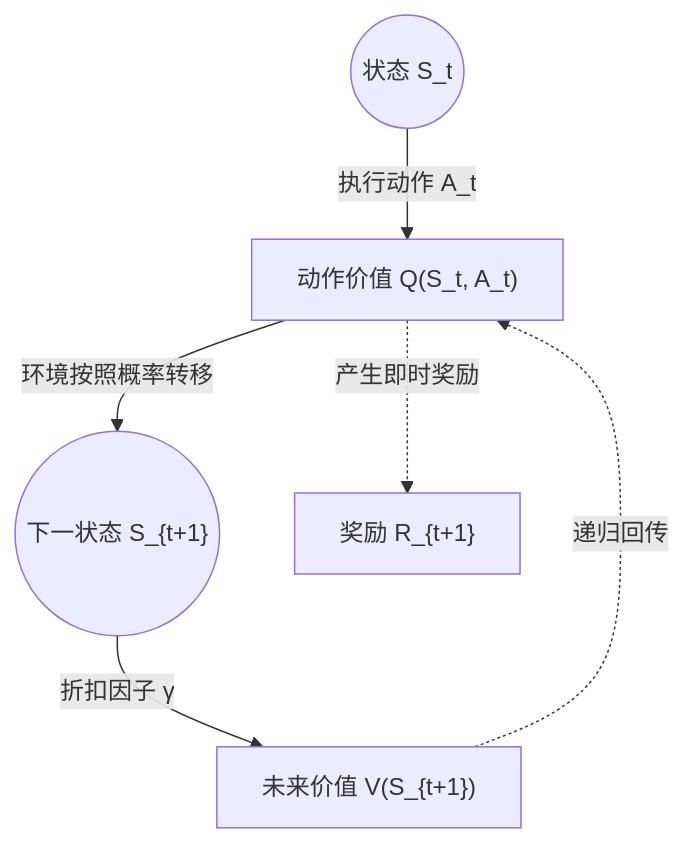
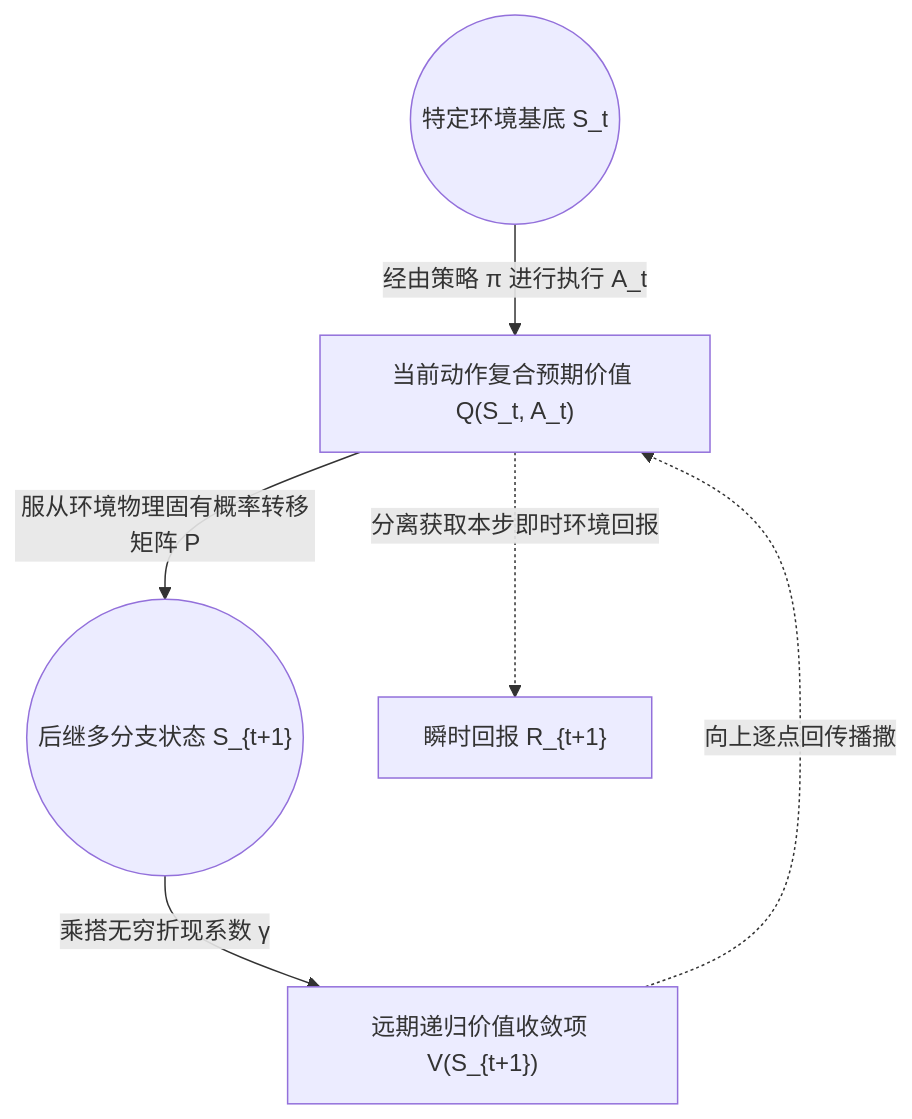
Before and after one commit to justahorsem/justahorsem.github.io: the third of 3 diagrams in _posts/2026-04-06-RL-basic-summary.md, drawn with Mermaid. The commit also changed other lines of this file and 1 other file, not shown here.

````diff
--- a/_posts/2026-04-06-RL-basic-summary.md
+++ b/_posts/2026-04-06-RL-basic-summary.md
@@ -137,8 +100,8 @@
 ```mermaid
 graph TD
-    S(("状态 S_t")) -->|"执行动作 A_t"| Q["动作价值 Q(S_t, A_t)"]
-    Q -->|"环境按照概率转移"| S_NEXT(("下一状态 S_{t+1}"))
-    Q -.->|"产生即时奖励"| R["奖励 R_{t+1}"]
-    S_NEXT -->|"折扣因子 γ"| V_NEXT["未来价值 V(S_{t+1})"]
-    V_NEXT -.->|"递归回传"| Q
+    S(("特定环境基底 S_t")) -->|"经由策略 π 进行执行 A_t"| Q["当前动作复合预期价值 Q(S_t, A_t)"]
+    Q -->|"服从环境物理固有概率转移矩阵 P"| S_NEXT(("后继多分支状态 S_{t+1}"))
+    Q -.->|"分离获取本步即时环境回报"| R["瞬时回报 R_{t+1}"]
+    S_NEXT -->|"乘搭无穷折现系数 γ"| V_NEXT["远期递归价值收敛项 V(S_{t+1})"]
+    V_NEXT -.->|"向上逐点回传播撒"| Q
 ```
````
